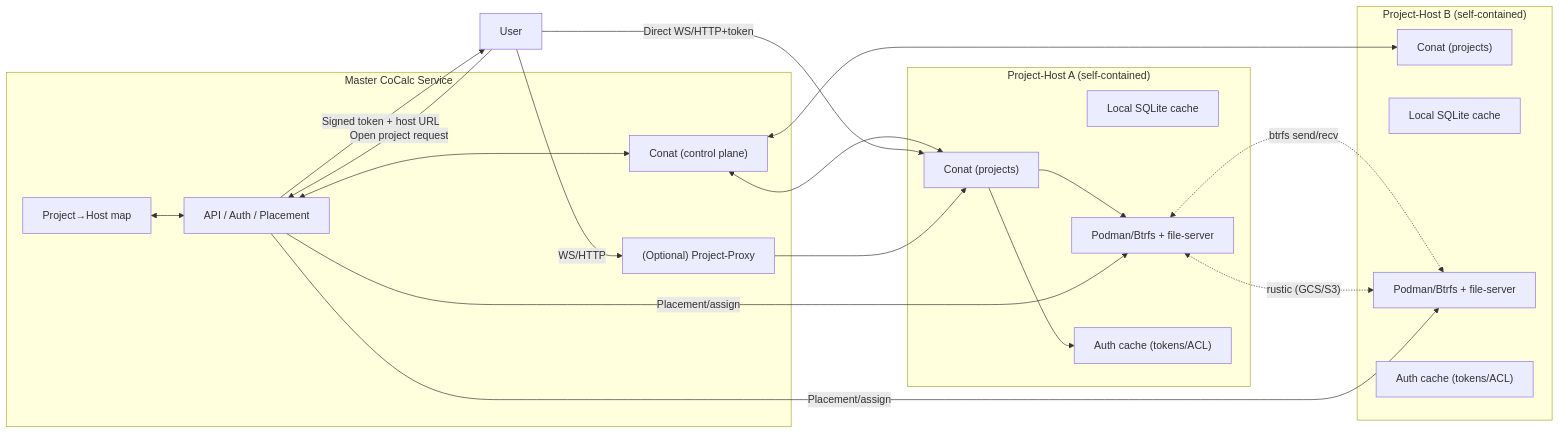
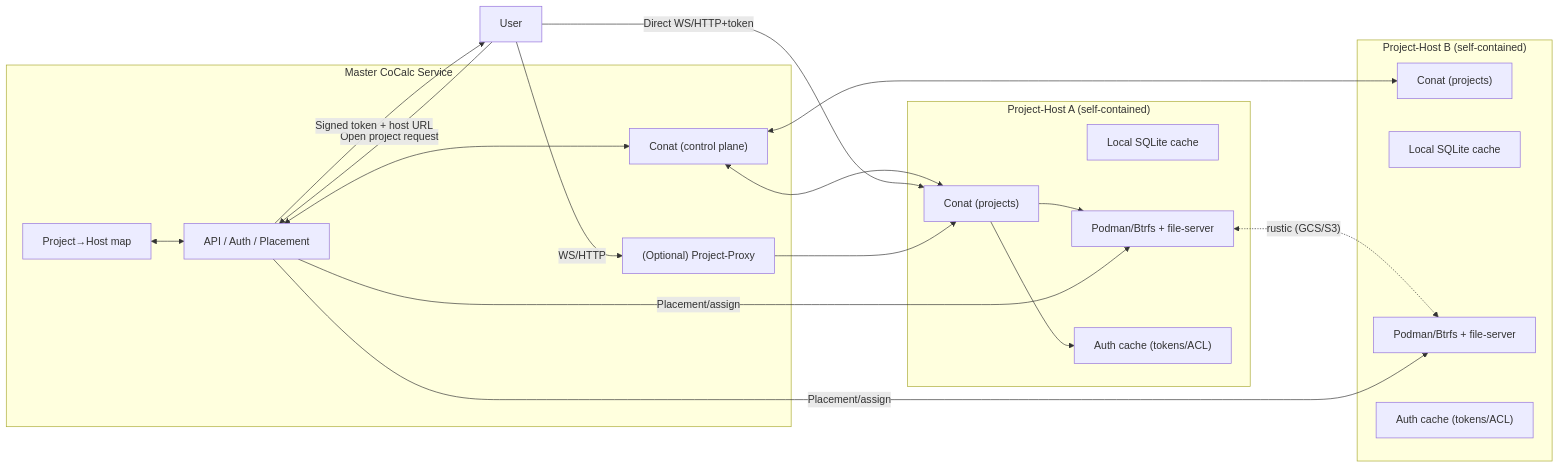
The second of 2 diagrams in src/.agents/cocalc2-plan.md (sagemathinc/cocalc), drawn with Mermaid before and after one commit. The commit also changed other lines of this file and 5 other files, not shown here.

````diff
--- a/src/.agents/cocalc2-plan.md
+++ b/src/.agents/cocalc2-plan.md
@@ -337,49 +337,48 @@
 ```mermaid
 flowchart LR
   subgraph Master["Master CoCalc Service"]
     MAPI["API / Auth / Placement"]
     MConat["Conat (control plane)"]
     Routing["Project→Host map"]
     Proxy["(Optional) Project-Proxy"]
   end
 
   subgraph HostA["Project-Host A (self-contained)"]
     AConat["Conat (projects)"]
     ASQLite["Local SQLite cache"]
     ARunner["Podman/Btrfs + file-server"]
     AuthA["Auth cache (tokens/ACL)"]
   end
 
   subgraph HostB["Project-Host B (self-contained)"]
     BConat["Conat (projects)"]
     BSQLite["Local SQLite cache"]
     BRunner["Podman/Btrfs + file-server"]
     AuthB["Auth cache (tokens/ACL)"]
   end
 
   User["User"]
 
   %% Control plane
   User -->|Open project request| MAPI
   MAPI -->|Signed token + host URL| User
   MAPI <--> MConat
   MConat <--> AConat
   MConat <--> BConat
   Routing <--> MAPI
 
   %% Data plane (preferred direct)
   User -->|Direct WS/HTTP+token| AConat
   AConat --> ARunner
   AConat --> AuthA
 
   %% Data plane (fallback via master proxy)
   User -->|WS/HTTP| Proxy --> AConat
 
   %% Mobility/backup (illustrative)
-  ARunner <-. btrfs send/recv .-> BRunner
   ARunner <-. rustic (GCS/S3) .-> BRunner
 
   %% Host bootstrap
   MAPI -->|Placement/assign| ARunner
   MAPI -->|Placement/assign| BRunner
 ```
````
